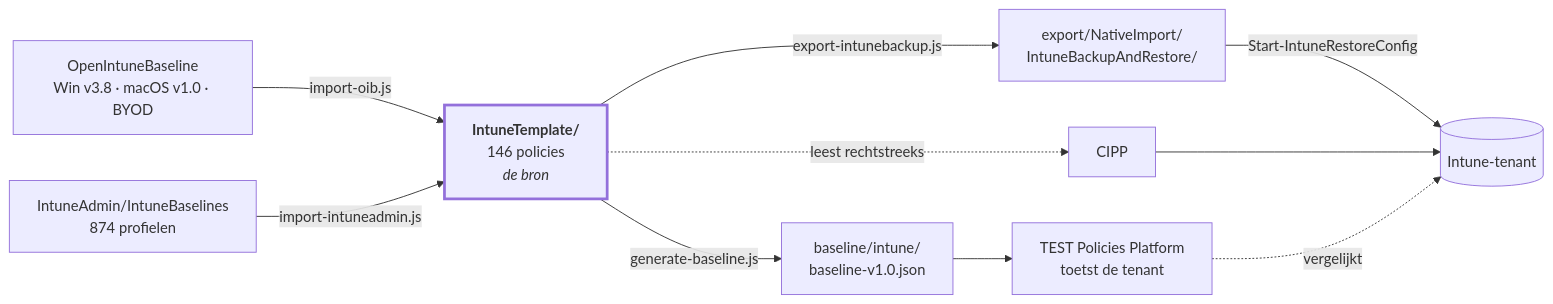
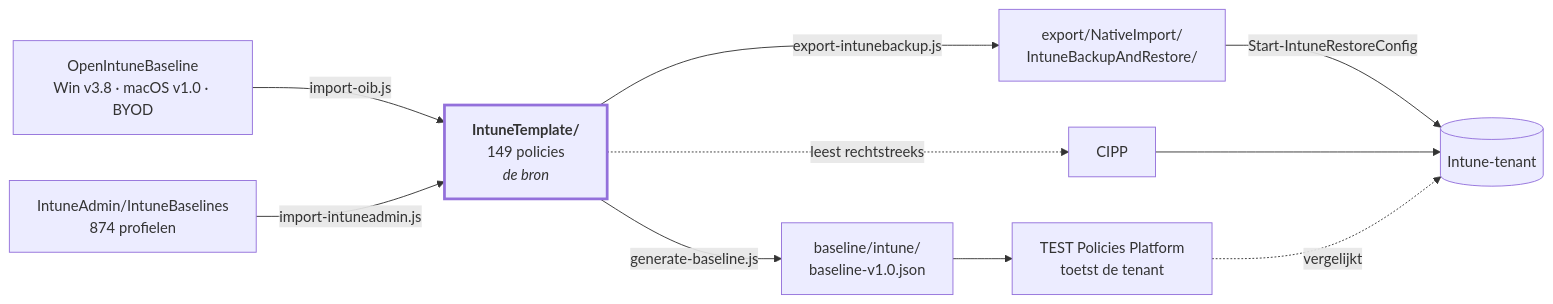
The diagram in README.md (sjkanon/IntuneBackup), drawn with Mermaid before and after one commit. The commit also changed other lines of this file and 18 other files, not shown here.

````diff
--- a/README.md
+++ b/README.md
@@ -17,21 +17,21 @@
 ```mermaid
 flowchart LR
   OIB["OpenIntuneBaseline<br/>Win v3.8 · macOS v1.0 · BYOD"]
-  T["<b>IntuneTemplate/</b><br/>146 policies<br/><i>de bron</i>"]
+  T["<b>IntuneTemplate/</b><br/>149 policies<br/><i>de bron</i>"]
   BL["baseline/intune/<br/>baseline-v1.0.json"]
   EX["export/NativeImport/<br/>IntuneBackupAndRestore/"]
   TENANT[("Intune-tenant")]
 
   OIB -->|import-oib.js| T
   T -->|generate-baseline.js| BL
   T -->|export-intunebackup.js| EX
   T -.->|leest rechtstreeks| CIPP[CIPP]
   BL --> PLAT["TEST Policies Platform<br/>toetst de tenant"]
   EX -->|Start-IntuneRestoreConfig| TENANT
   CIPP --> TENANT
   PLAT -.->|vergelijkt| TENANT
 
   IA["IntuneAdmin/IntuneBaselines<br/>874 profielen"] -->|import-intuneadmin.js| T
 
   style T stroke-width:3px
 ```
````
